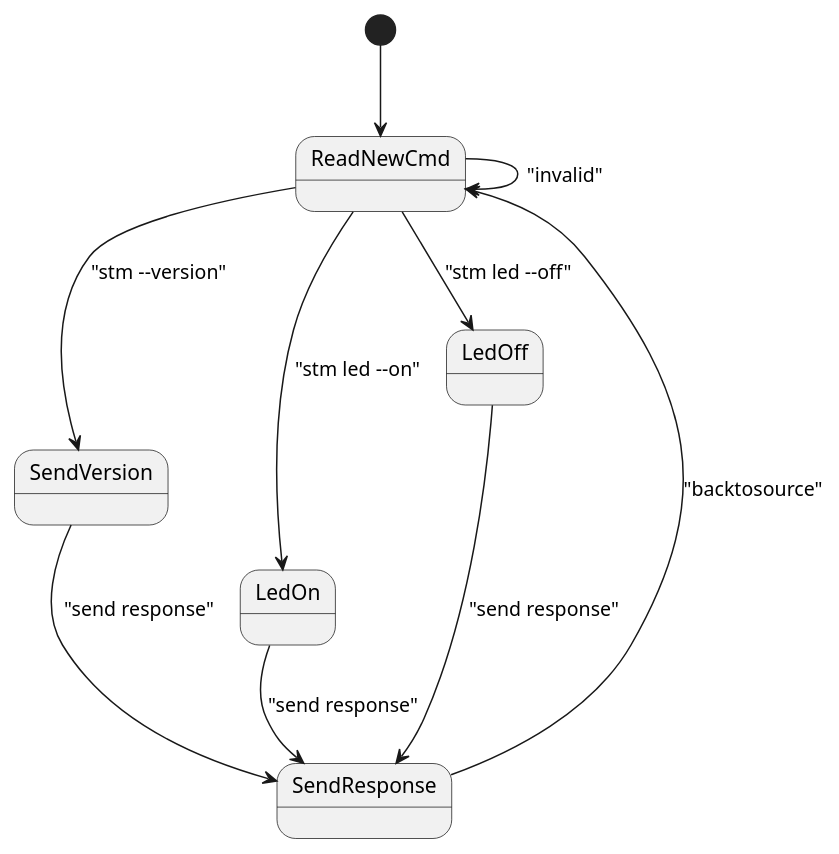
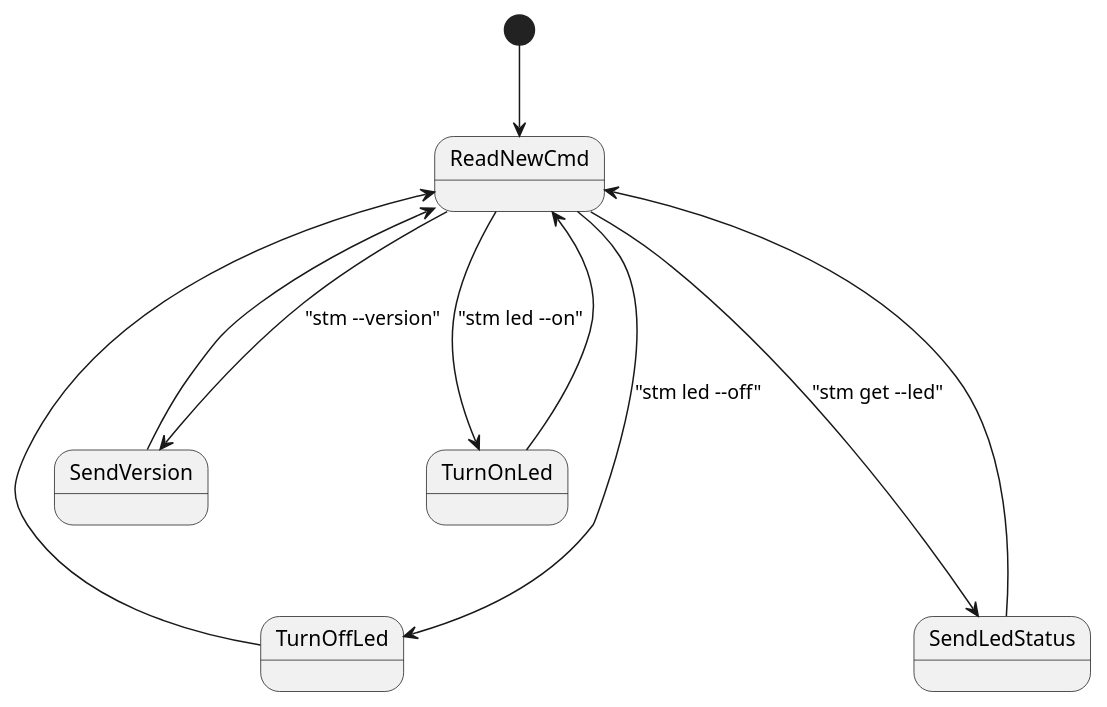
One commit to rkalyan95/stm32_ll_drivers changed the diagram in os/src/UartCmd_Fsm.wsd. Above: the diagram before and after it, drawn with PlantUML. The commit also changed 5 other files, not shown here.

```diff
--- a/os/src/UartCmd_Fsm.wsd
+++ b/os/src/UartCmd_Fsm.wsd
@@ -1,18 +1,14 @@
 @startuml
 
 [*] --> ReadNewCmd
 
-ReadNewCmd  --> SendVersion : "stm --version"
-SendVersion --> SendResponse : "send response"
-
-ReadNewCmd --> LedOn : "stm led --on"
-LedOn -->  SendResponse :"send response"
-
-ReadNewCmd --> LedOff : "stm led --off"
-LedOff --->  SendResponse : "send response"
-
-SendResponse -->  ReadNewCmd : "backtosource"
-ReadNewCmd --> ReadNewCmd : "invalid"
-
+ReadNewCmd  ---> SendVersion : "stm --version"
+SendVersion ---> ReadNewCmd
+ReadNewCmd  ---> TurnOnLed : "stm led --on"
+TurnOnLed ---> ReadNewCmd
+ReadNewCmd ----> TurnOffLed : "stm led --off"
+TurnOffLed ---> ReadNewCmd
+ReadNewCmd ---> SendLedStatus : "stm get --led"
+SendLedStatus ----> ReadNewCmd
 
 @enduml
```
